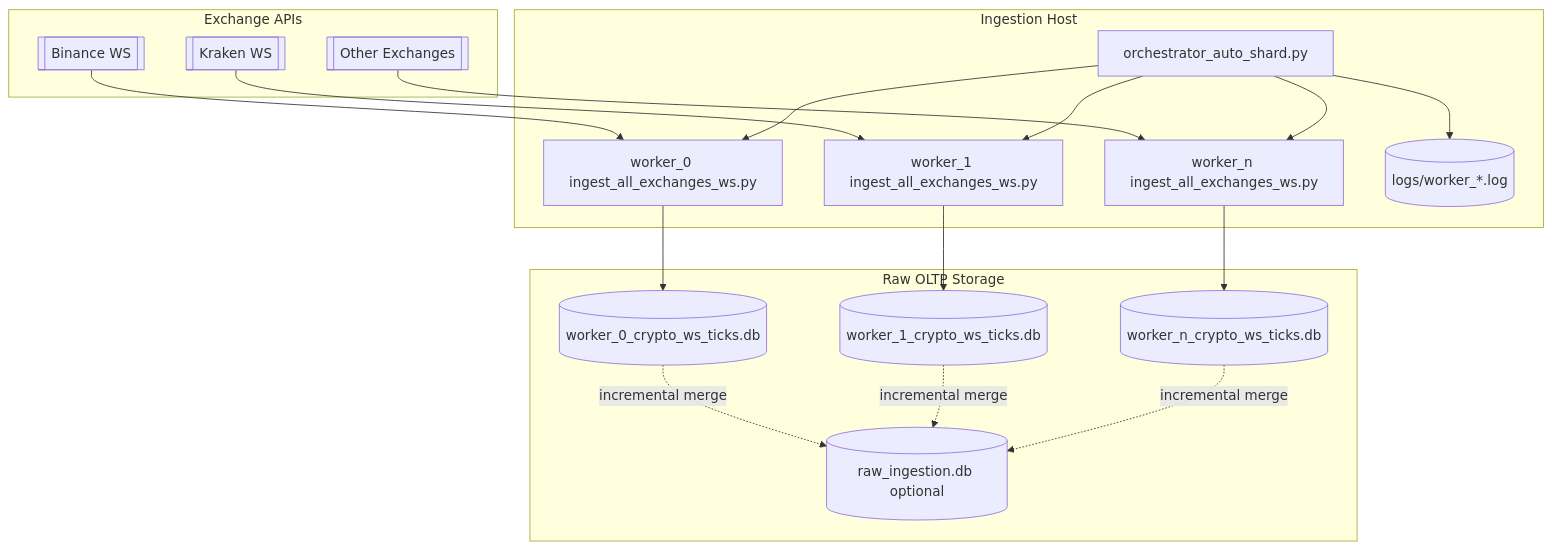
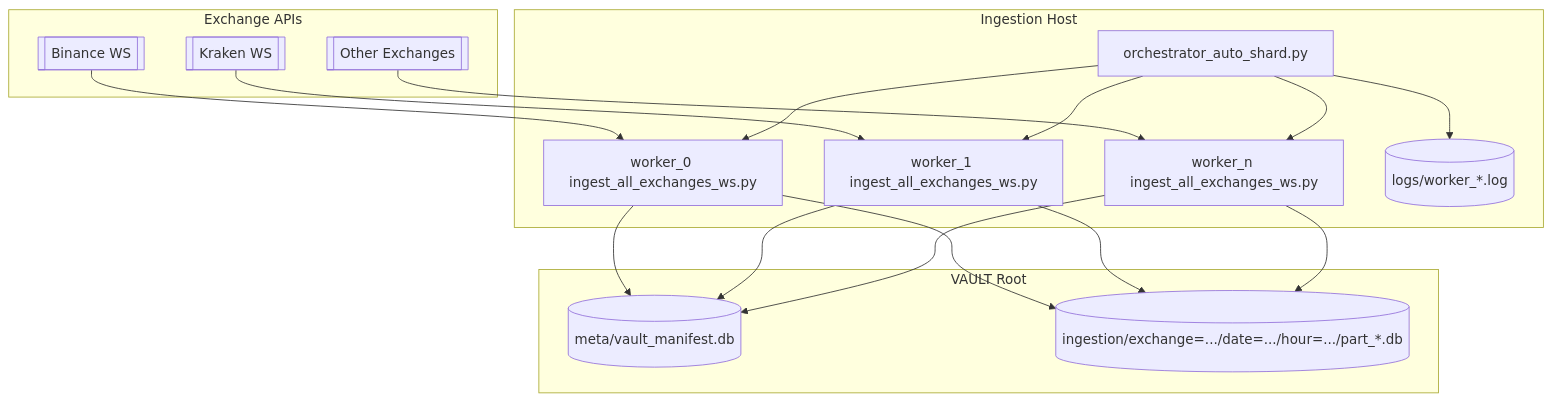
Before and after one commit to laiki/crypto_DWH: the diagram in diagrams/1_ingestion/uml_deployment_ingestion_multiprocess.mmd, drawn with Mermaid. The commit also changed 172 other files, not shown here.

Commit message:
implementation of the new architecture

```diff
--- a/diagrams/1_ingestion/uml_deployment_ingestion_multiprocess.mmd
+++ b/diagrams/1_ingestion/uml_deployment_ingestion_multiprocess.mmd
@@ -1,38 +1,36 @@
 flowchart TB
     subgraph EX["Exchange APIs"]
         BIN[[Binance WS]]
         KRA[[Kraken WS]]
         OTH[[Other Exchanges]]
     end
 
     subgraph HOST["Ingestion Host"]
         ORCH[orchestrator_auto_shard.py]
         W1[worker_0 ingest_all_exchanges_ws.py]
         W2[worker_1 ingest_all_exchanges_ws.py]
         WN[worker_n ingest_all_exchanges_ws.py]
         LOG[(logs/worker_*.log)]
     end
 
-    subgraph RAW["Raw OLTP Storage"]
-        DB1[(worker_0_crypto_ws_ticks.db)]
-        DB2[(worker_1_crypto_ws_ticks.db)]
-        DBN[(worker_n_crypto_ws_ticks.db)]
-        MERGE[(raw_ingestion.db optional)]
+    subgraph VAULT["VAULT Root"]
+        MAN[(meta/vault_manifest.db)]
+        P1[(ingestion/exchange=.../date=.../hour=.../part_*.db)]
     end
 
     BIN --> W1
     KRA --> W2
     OTH --> WN
 
     ORCH --> W1
     ORCH --> W2
     ORCH --> WN
     ORCH --> LOG
 
-    W1 --> DB1
-    W2 --> DB2
-    WN --> DBN
+    W1 --> P1
+    W2 --> P1
+    WN --> P1
 
-    DB1 -. incremental merge .-> MERGE
-    DB2 -. incremental merge .-> MERGE
-    DBN -. incremental merge .-> MERGE
+    W1 --> MAN
+    W2 --> MAN
+    WN --> MAN
```
